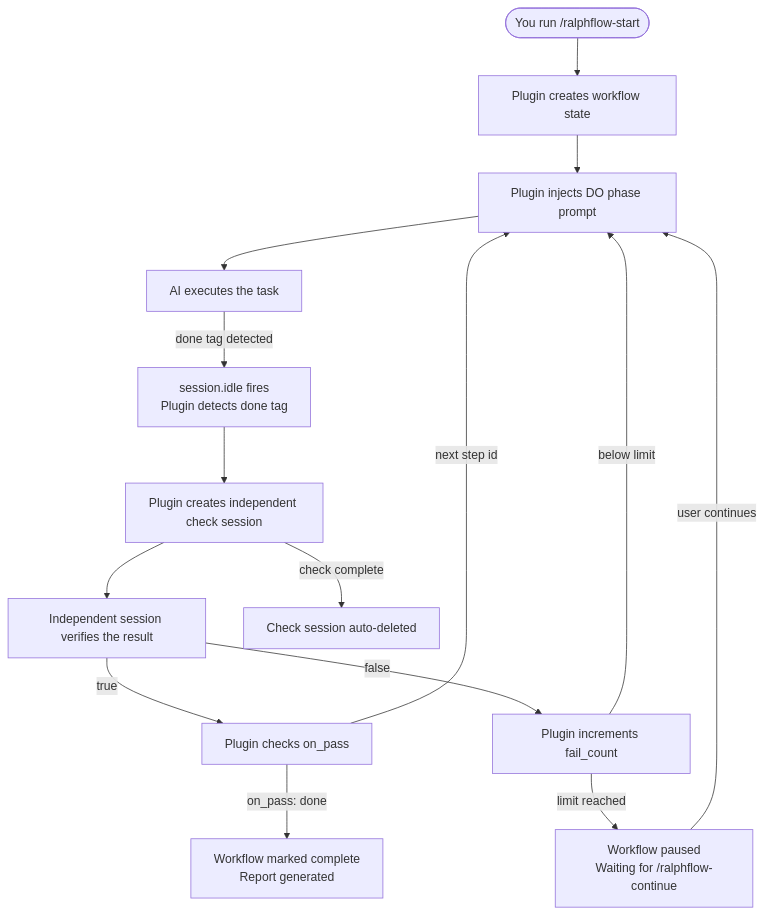
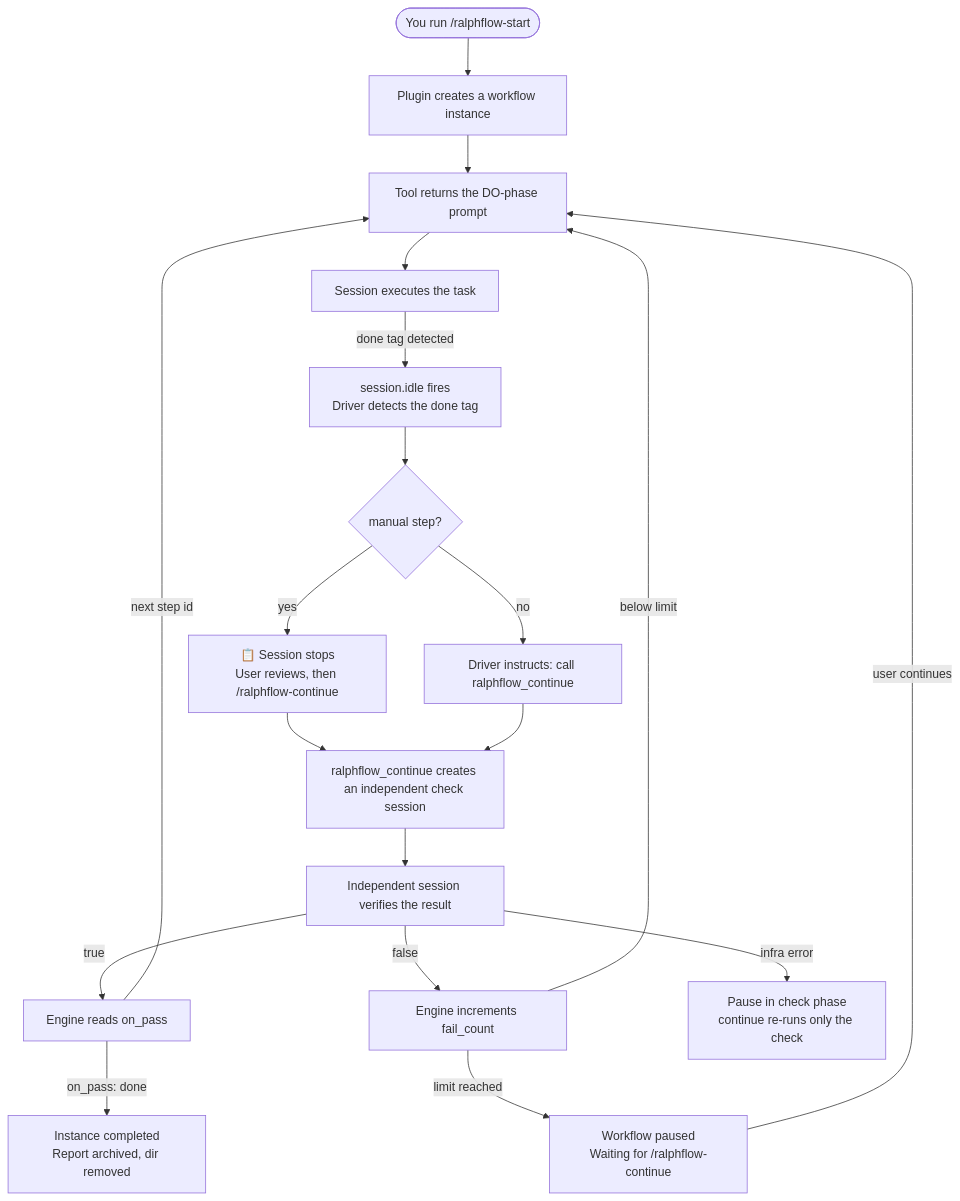
One commit to 534529531/ralph-flow changed the first of 3 diagrams in docs/how-it-works.md. Above: the diagram before and after it, drawn with Mermaid. The commit also changed other lines of this file and 65 other files, not shown here.

First line of the commit message:
feat: v2 — full parity with the Claude Code plugin, mirrored architecture

````diff
--- a/docs/how-it-works.md
+++ b/docs/how-it-works.md
@@ -11,17 +13,21 @@
 ```mermaid
 flowchart TD
-    Start(["You run /ralphflow-start"]) --> State["Plugin creates workflow state"]
-    State --> DoPrompt["Plugin injects DO phase prompt"]
-    DoPrompt --> AI["AI executes the task"]
-    AI -->|"done tag detected"| DoneTag["session.idle fires<br/>Plugin detects done tag"]
-    DoneTag --> CheckPrompt["Plugin creates independent check session"]
+    Start(["You run /ralphflow-start"]) --> State["Plugin creates a workflow instance"]
+    State --> DoPrompt["Tool returns the DO-phase prompt"]
+    DoPrompt --> AI["Session executes the task"]
+    AI -->|"done tag detected"| DoneTag["session.idle fires<br/>Driver detects the done tag"]
+    DoneTag --> Manual{"manual step?"}
+    Manual -->|"yes"| Review["📋 Session stops<br/>User reviews, then /ralphflow-continue"]
+    Manual -->|"no"| CallContinue["Driver instructs: call ralphflow_continue"]
+    Review --> CheckPrompt
+    CallContinue --> CheckPrompt["ralphflow_continue creates an independent check session"]
     CheckPrompt --> AICheck["Independent session verifies the result"]
-    AICheck -->|"true"| Pass["Plugin checks on_pass"]
-    AICheck -->|"false"| Fail["Plugin increments fail_count"]
-    Pass -->|"on_pass: done"| Complete["Workflow marked complete<br/>Report generated"]
+    AICheck -->|"true"| Pass["Engine reads on_pass"]
+    AICheck -->|"false"| Fail["Engine increments fail_count"]
+    AICheck -->|"infra error"| Infra["Pause in check phase<br/>continue re-runs only the check"]
+    Pass -->|"on_pass: done"| Complete["Instance completed<br/>Report archived, dir removed"]
     Pass -->|"next step id"| DoPrompt
     Fail -->|"below limit"| DoPrompt
     Fail -->|"limit reached"| Pause["Workflow paused<br/>Waiting for /ralphflow-continue"]
     Pause -->|user continues| DoPrompt
-    CheckPrompt -->|"check complete"| Cleanup["Check session auto-deleted"]
 ```
````
